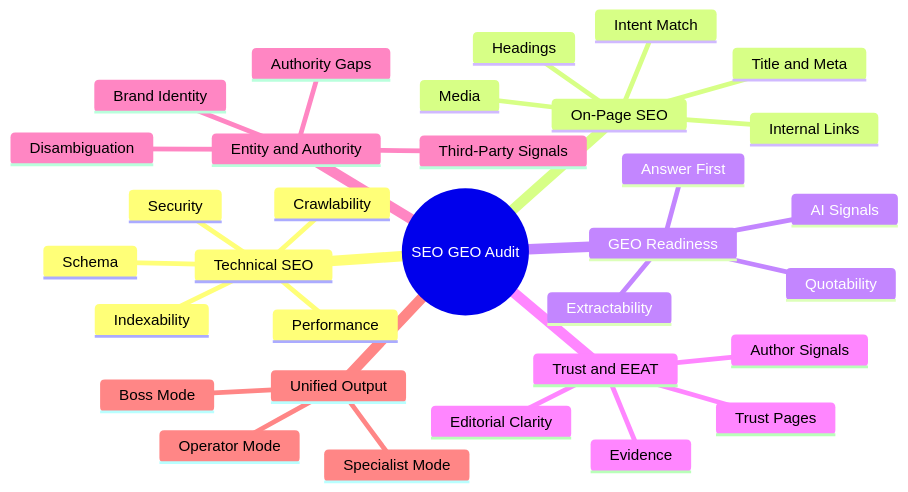
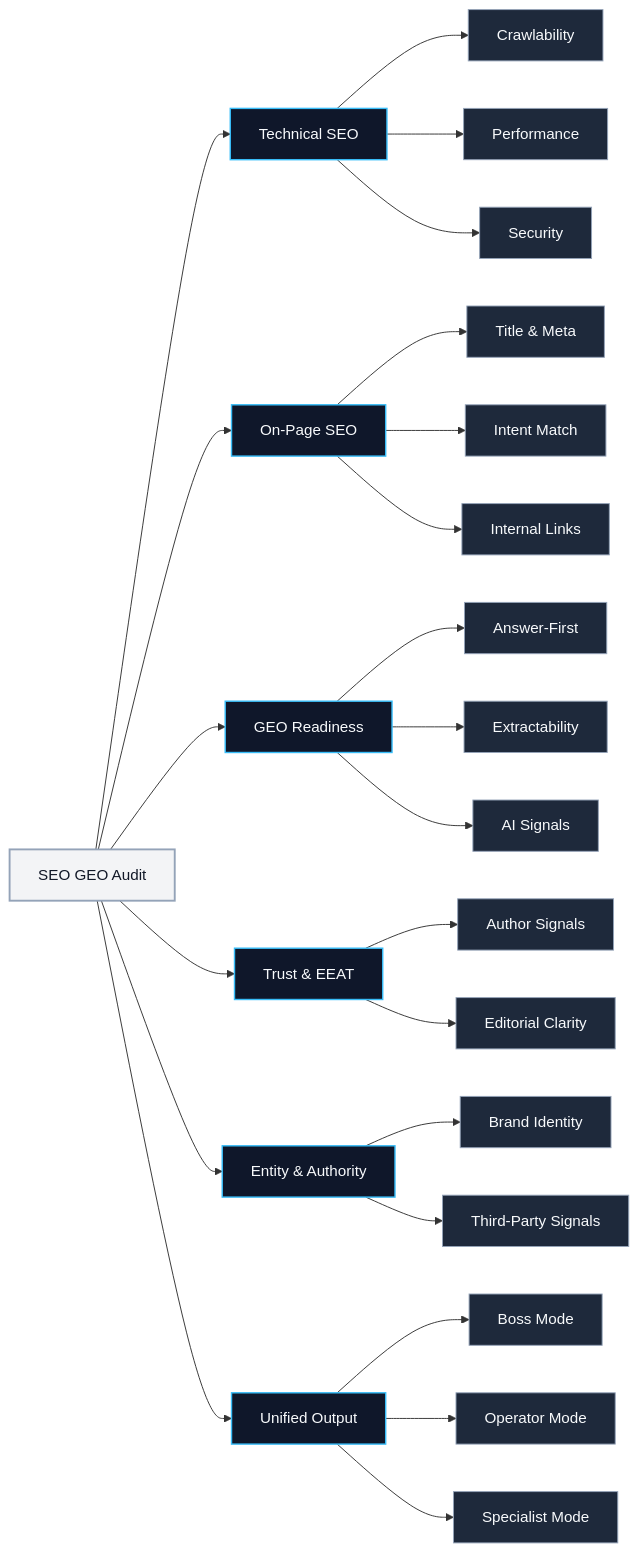
The first of 3 diagrams in README.md (GEO-SEO/seo-geo-audit), drawn with Mermaid before and after one commit. The commit also changed 1 other file, not shown here.

Commit message:
Simplify cover and dark-mode diagram

````diff
--- a/README.md
+++ b/README.md
@@ -37,35 +37,36 @@
 ```mermaid
-mindmap
-  root((SEO GEO Audit))
-    Technical SEO
-      Crawlability
-      Indexability
-      Performance
-      Security
-      Schema
-    On-Page SEO
-      Title and Meta
-      Headings
-      Intent Match
-      Internal Links
-      Media
-    GEO Readiness
-      Answer First
-      Extractability
-      Quotability
-      AI Signals
-    Trust and EEAT
-      Author Signals
-      Editorial Clarity
-      Evidence
-      Trust Pages
-    Entity and Authority
-      Brand Identity
-      Disambiguation
-      Third-Party Signals
-      Authority Gaps
-    Unified Output
-      Boss Mode
-      Operator Mode
-      Specialist Mode
+flowchart LR
+    A["SEO GEO Audit"]:::root
+    A --> B["Technical SEO"]:::node
+    A --> C["On-Page SEO"]:::node
+    A --> D["GEO Readiness"]:::node
+    A --> E["Trust & EEAT"]:::node
+    A --> F["Entity & Authority"]:::node
+    A --> G["Unified Output"]:::node
+
+    B --> B1["Crawlability"]:::leaf
+    B --> B2["Performance"]:::leaf
+    B --> B3["Security"]:::leaf
+
+    C --> C1["Title & Meta"]:::leaf
+    C --> C2["Intent Match"]:::leaf
+    C --> C3["Internal Links"]:::leaf
+
+    D --> D1["Answer-First"]:::leaf
+    D --> D2["Extractability"]:::leaf
+    D --> D3["AI Signals"]:::leaf
+
+    E --> E1["Author Signals"]:::leaf
+    E --> E2["Editorial Clarity"]:::leaf
+
+    F --> F1["Brand Identity"]:::leaf
+    F --> F2["Third-Party Signals"]:::leaf
+
+    G --> G1["Boss Mode"]:::leaf
+    G --> G2["Operator Mode"]:::leaf
+    G --> G3["Specialist Mode"]:::leaf
+
+    classDef root fill:#f3f4f6,stroke:#94a3b8,color:#111827,stroke-width:2px;
+    classDef node fill:#0f172a,stroke:#38bdf8,color:#f8fafc,stroke-width:1.5px;
+    classDef leaf fill:#1e293b,stroke:#94a3b8,color:#f8fafc,stroke-width:1px;
 ```
````
